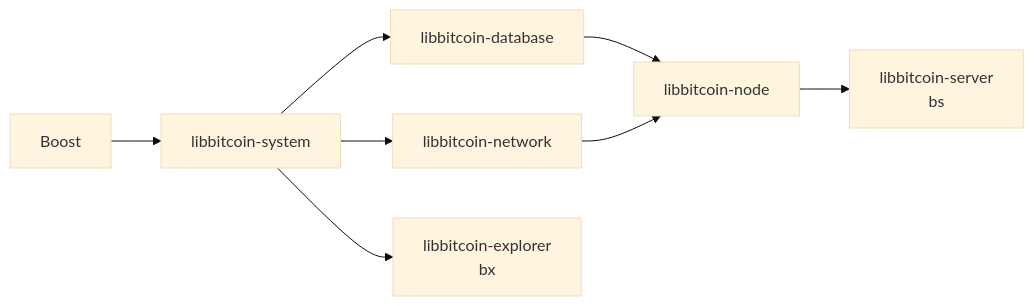
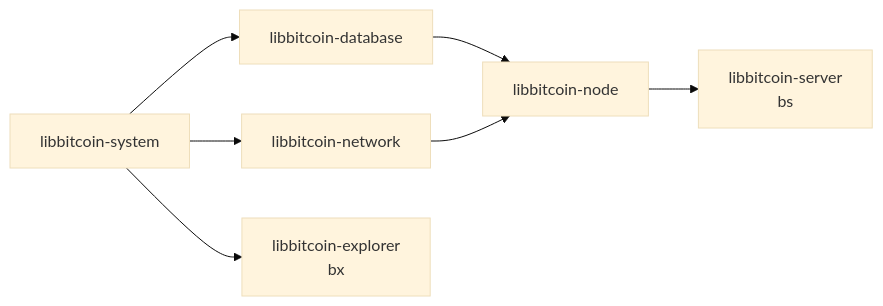
Before and after one commit to libbitcoin/libbitcoin.github.io: the first of 3 diagrams in architecture/build/md/index.md, drawn with Mermaid (base theme). The commit also changed other lines of this file and 57 other files, not shown here.

Commit message:
Update building pages for Boost removal and release flow.

````diff
--- a/architecture/build/md/index.md
+++ b/architecture/build/md/index.md
@@ -62,8 +60,7 @@
 ```mermaid
 flowchart LR
-    boost["Boost"] --> system["libbitcoin-system"]
-    system --> database["libbitcoin-database"] --> node["libbitcoin-node"]
+    system["libbitcoin-system"] --> database["libbitcoin-database"] --> node["libbitcoin-node"]
     system --> network["libbitcoin-network"] --> node
     node --> server["libbitcoin-server\nbs"]
     system --> explorer["libbitcoin-explorer\nbx"]
 ```
````
